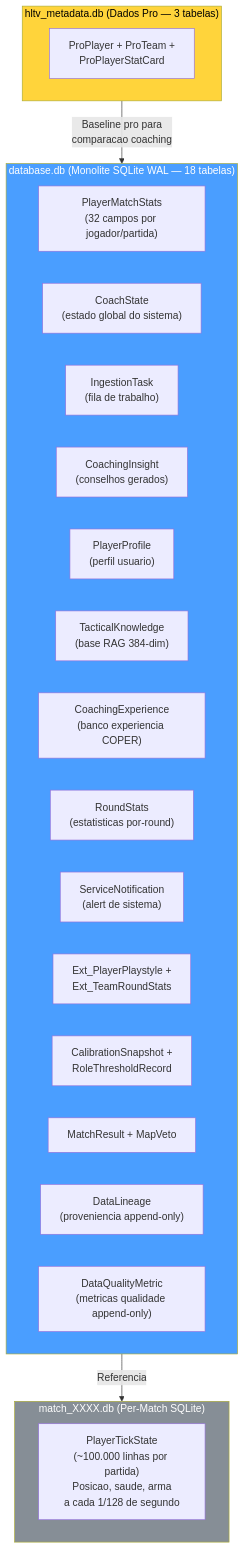
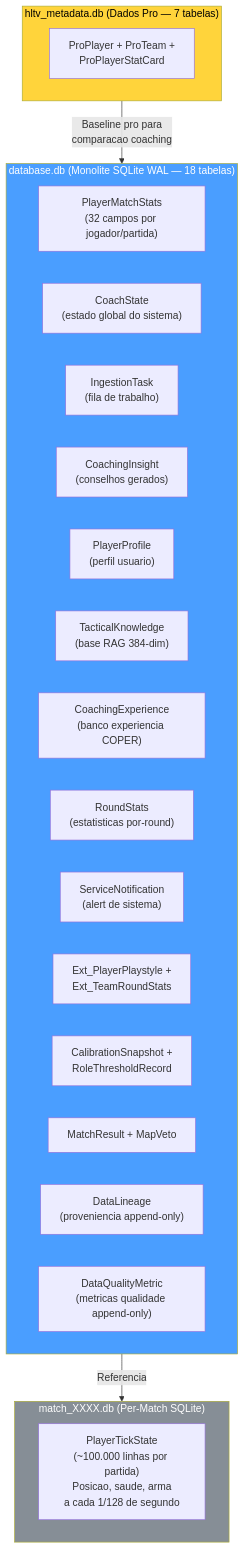
Diagram 21 of 52 in docs/books/Book-Coach-3-pt.md (renanaugustomacena-ux/Counter-Strike-coach-AI), drawn with Mermaid before and after one commit. The commit also changed other lines of this file and 36 other files, not shown here.

````diff
--- a/docs/books/Book-Coach-3-pt.md
+++ b/docs/books/Book-Coach-3-pt.md
@@ -1235,31 +1295,31 @@
 ```mermaid
 flowchart TB
     subgraph T12["database.db (Monolite SQLite WAL — 18 tabelas)"]
         PMS["PlayerMatchStats<br/>(32 campos por jogador/partida)"]
         CS["CoachState<br/>(estado global do sistema)"]
         IT["IngestionTask<br/>(fila de trabalho)"]
         CI["CoachingInsight<br/>(conselhos gerados)"]
         PP["PlayerProfile<br/>(perfil usuario)"]
         TK["TacticalKnowledge<br/>(base RAG 384-dim)"]
         CE["CoachingExperience<br/>(banco experiencia COPER)"]
         RS["RoundStats<br/>(estatisticas por-round)"]
         SN["ServiceNotification<br/>(alert de sistema)"]
         EXT["Ext_PlayerPlaystyle +<br/>Ext_TeamRoundStats"]
         CALIB_ST["CalibrationSnapshot +<br/>RoleThresholdRecord"]
         MATCH_ST["MatchResult + MapVeto"]
         DL_ST["DataLineage<br/>(proveniencia append-only)"]
         DQM_ST["DataQualityMetric<br/>(metricas qualidade append-only)"]
     end
-    subgraph T_HLTV["hltv_metadata.db (Dados Pro — 3 tabelas)"]
+    subgraph T_HLTV["hltv_metadata.db (Dados Pro — 7 tabelas)"]
         PRO["ProPlayer + ProTeam +<br/>ProPlayerStatCard"]
     end
     subgraph T3["match_XXXX.db (Per-Match SQLite)"]
         PTS["PlayerTickState<br/>(~100.000 linhas por partida)<br/>Posicao, saude, arma<br/>a cada 1/128 de segundo"]
     end
     T12 -->|"Referencia"| T3
     T_HLTV -->|"Baseline pro para<br/>comparacao coaching"| T12
 
     style T12 fill:#4a9eff,color:#fff
     style T_HLTV fill:#ffd43b,color:#000
     style T3 fill:#868e96,color:#fff
 ```
````
